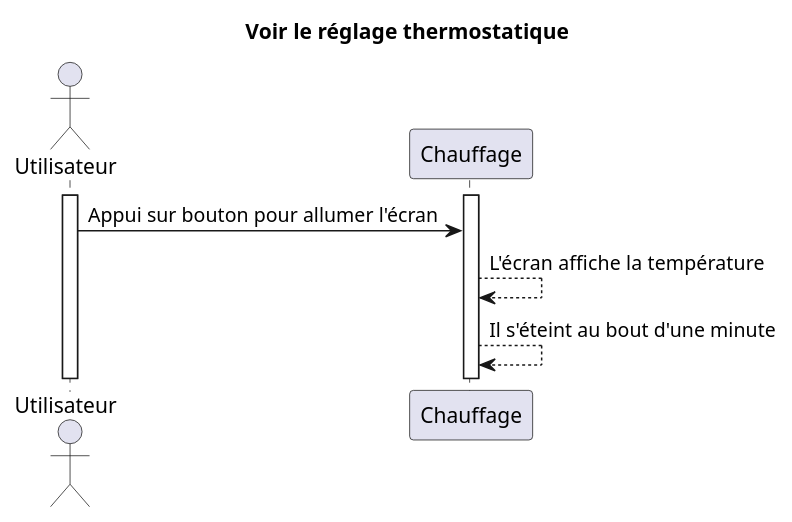
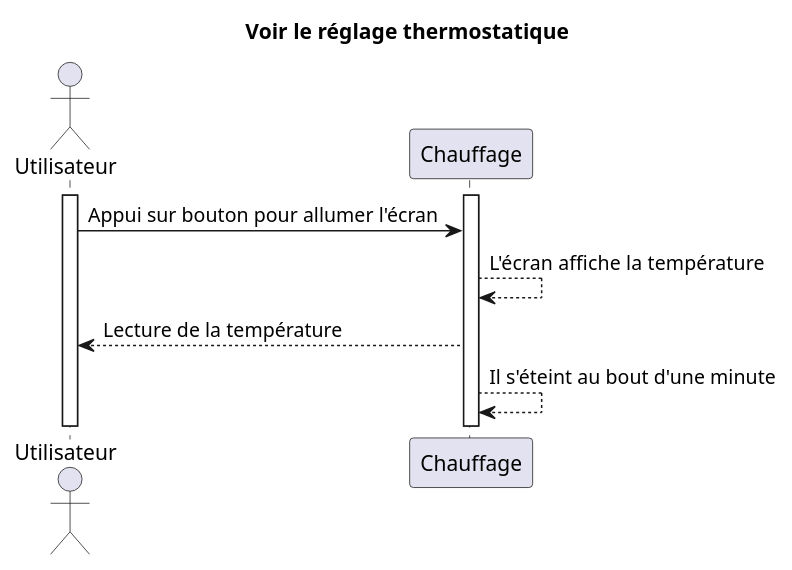
One commit to chauffapagnan/documentation changed the diagram in diagrams/seq/check_temperature.puml. Above: the diagram before and after it, drawn with PlantUML. The commit also changed 11 other files, not shown here.

Commit message:
📝 mise à jour des diagrammes de séquence

```diff
--- a/diagrams/seq/check_temperature.puml
+++ b/diagrams/seq/check_temperature.puml
@@ -1,16 +1,17 @@
 @startuml
 
 title Voir le réglage thermostatique
 
 actor Utilisateur
 
 activate Utilisateur
 activate Chauffage
 
 Utilisateur -> Chauffage: Appui sur bouton pour allumer l'écran
 
 Chauffage --> Chauffage: L'écran affiche la température
+Chauffage --> Utilisateur: Lecture de la température
 
 Chauffage --> Chauffage: Il s'éteint au bout d'une minute
 
 @enduml
```
